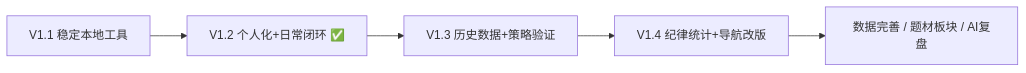
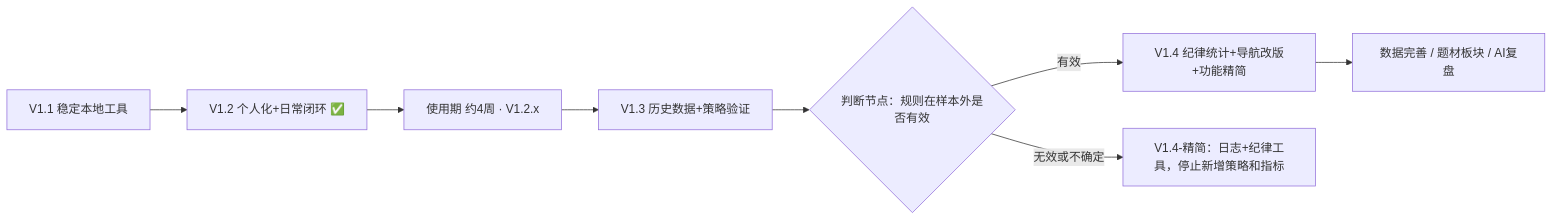
One commit to stevenrenOvO/personal-ai-trading-copilot changed the diagram in docs/项目路线图.md. Above: the diagram before and after it, drawn with Mermaid. The commit also changed other lines of this file, not shown here.

First line of the commit message:
docs: add usage period, V1.3 decision gate and scope control to roadmap

````diff
--- a/docs/项目路线图.md
+++ b/docs/项目路线图.md
@@ -7,7 +7,10 @@
 ```mermaid
 flowchart LR
     A[V1.1 稳定本地工具] --> B[V1.2 个人化+日常闭环 ✅]
-    B --> C[V1.3 历史数据+策略验证]
-    C --> D[V1.4 纪律统计+导航改版]
+    B --> U[使用期 约4周 · V1.2.x]
+    U --> C[V1.3 历史数据+策略验证]
+    C --> G{判断节点：规则在样本外是否有效}
+    G -- 有效 --> D[V1.4 纪律统计+导航改版+功能精简]
+    G -- 无效或不确定 --> S[V1.4-精简：日志+纪律工具，停止新增策略和指标]
     D --> E[数据完善 / 题材板块 / AI复盘]
 ```
````
